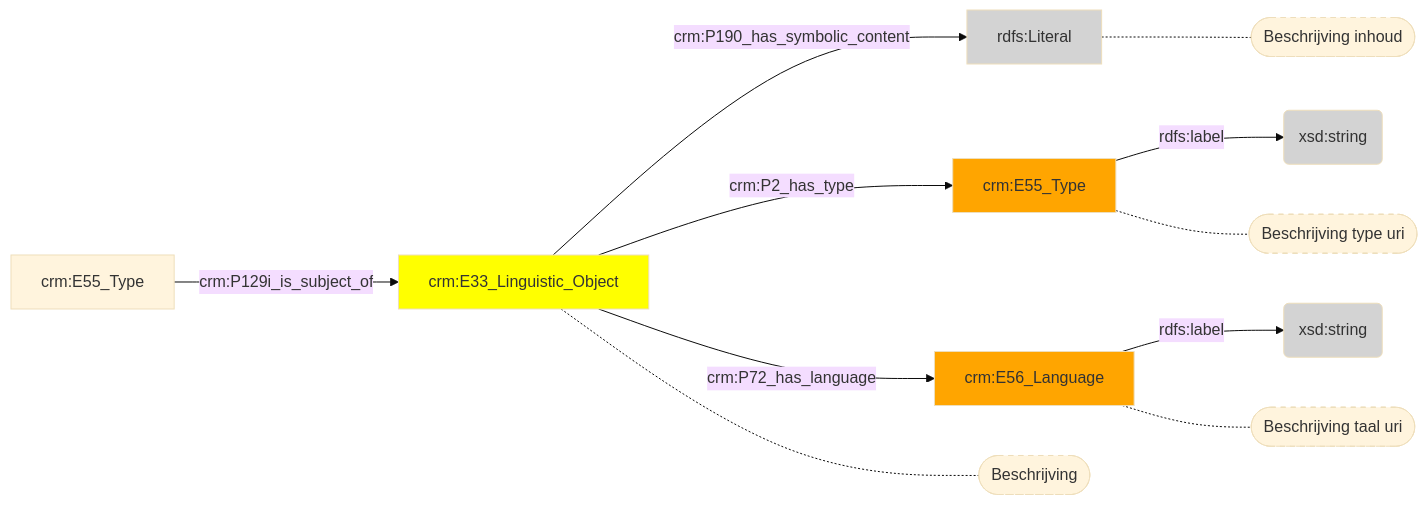
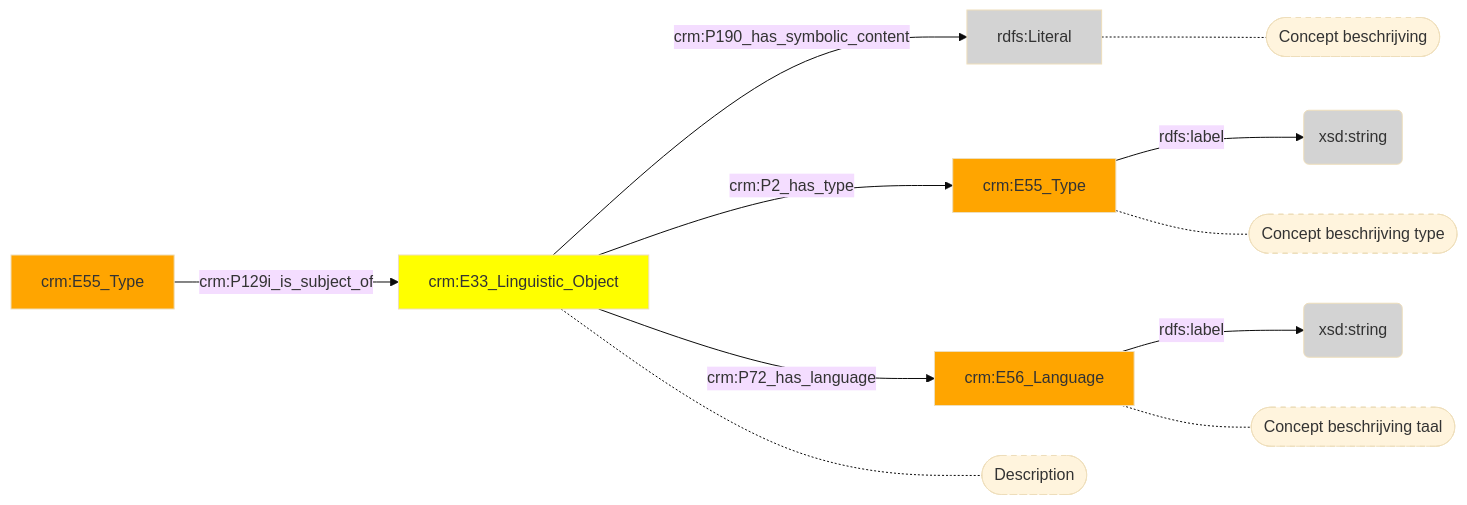
One commit to digipolisantwerpdocumentation/antwerp-cultureel-erfgoed changed the diagram in docs/content/modellen/Concept/Inhoud.md. Above: the diagram before and after it, drawn with Mermaid (base theme). The commit also changed 173 other files, not shown here.

````diff
--- a/docs/content/modellen/Concept/Inhoud.md
+++ b/docs/content/modellen/Concept/Inhoud.md
@@ -1,23 +1,24 @@
 ```mermaid
 graph LR
 1dbc99aa-ee3b-11ed-9064-00163e71351b["crm:E33_Linguistic_Object"]-->|"crm:P190_has_symbolic_content"|1dbc9e78-ee3b-11ed-9064-00163e71351b(rdfs:Literal)
 1dbca198-ee3b-11ed-9064-00163e71351b["crm:E55_Type"]-->|"rdfs:label"|1dbca01c-ee3b-11ed-9064-00163e71351b(xsd:string)
 1dbca44a-ee3b-11ed-9064-00163e71351b["crm:E56_Language"]-->|"rdfs:label"|1dbca2f6-ee3b-11ed-9064-00163e71351b(xsd:string)
 1dbc99aa-ee3b-11ed-9064-00163e71351b["crm:E33_Linguistic_Object"]-->|"crm:P2_has_type"|1dbca198-ee3b-11ed-9064-00163e71351b["crm:E55_Type"]
 1dbc99aa-ee3b-11ed-9064-00163e71351b["crm:E33_Linguistic_Object"]-->|"crm:P72_has_language"|1dbca44a-ee3b-11ed-9064-00163e71351b["crm:E56_Language"]
 5c49f282-be8c-11ed-beba-96a6d245525a["crm:E55_Type"]-->|"crm:P129i_is_subject_of"|1dbc99aa-ee3b-11ed-9064-00163e71351b["crm:E33_Linguistic_Object"]
-1dbc9e78-ee3b-11ed-9064-00163e71351b["rdfs:Literal"]-.-1dbc9e78-ee3b-11ed-9064-00163e71351b_s(["Beschrijving inhoud"])
-1dbca198-ee3b-11ed-9064-00163e71351b["crm:E55_Type"]-.-1dbca198-ee3b-11ed-9064-00163e71351b_s(["Beschrijving type uri"])
-1dbca44a-ee3b-11ed-9064-00163e71351b["crm:E56_Language"]-.-1dbca44a-ee3b-11ed-9064-00163e71351b_s(["Beschrijving taal uri"])
-1dbc99aa-ee3b-11ed-9064-00163e71351b["crm:E33_Linguistic_Object"]-.-1dbc99aa-ee3b-11ed-9064-00163e71351b_s(["Beschrijving"])
+1dbc9e78-ee3b-11ed-9064-00163e71351b["rdfs:Literal"]-.-1dbc9e78-ee3b-11ed-9064-00163e71351b_s(["Concept beschrijving"])
+1dbca198-ee3b-11ed-9064-00163e71351b["crm:E55_Type"]-.-1dbca198-ee3b-11ed-9064-00163e71351b_s(["Concept beschrijving type"])
+1dbca44a-ee3b-11ed-9064-00163e71351b["crm:E56_Language"]-.-1dbca44a-ee3b-11ed-9064-00163e71351b_s(["Concept beschrijving taal"])
+1dbc99aa-ee3b-11ed-9064-00163e71351b["crm:E33_Linguistic_Object"]-.-1dbc99aa-ee3b-11ed-9064-00163e71351b_s(["Description"])
 style 1dbc9e78-ee3b-11ed-9064-00163e71351b_s stroke-dasharray: 5
 style 1dbca198-ee3b-11ed-9064-00163e71351b_s stroke-dasharray: 5
 style 1dbca44a-ee3b-11ed-9064-00163e71351b_s stroke-dasharray: 5
 style 1dbc99aa-ee3b-11ed-9064-00163e71351b_s stroke-dasharray: 5
 style 1dbc99aa-ee3b-11ed-9064-00163e71351b fill:#ffff00
 style 1dbc9e78-ee3b-11ed-9064-00163e71351b fill:#D3D3D3
 style 1dbca01c-ee3b-11ed-9064-00163e71351b fill:#D3D3D3
 style 1dbca198-ee3b-11ed-9064-00163e71351b fill:#ffa500
 style 1dbca2f6-ee3b-11ed-9064-00163e71351b fill:#D3D3D3
 style 1dbca44a-ee3b-11ed-9064-00163e71351b fill:#ffa500
+style 5c49f282-be8c-11ed-beba-96a6d245525a fill:#ffa500
 ```
````
